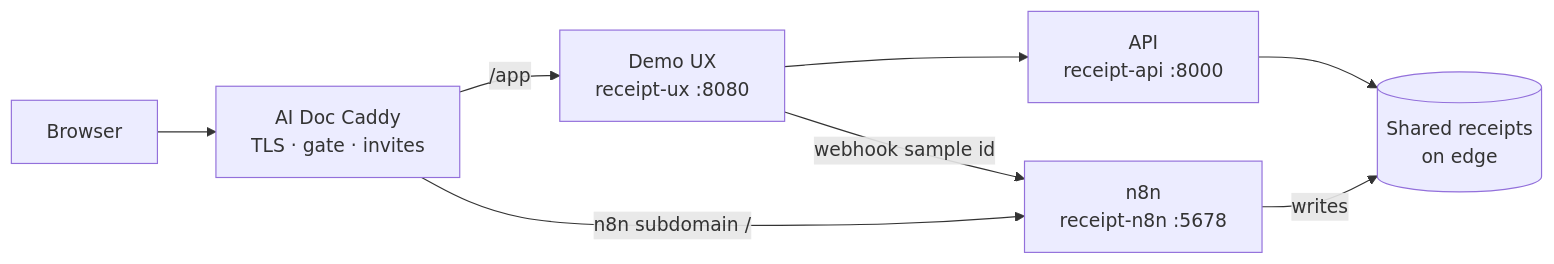
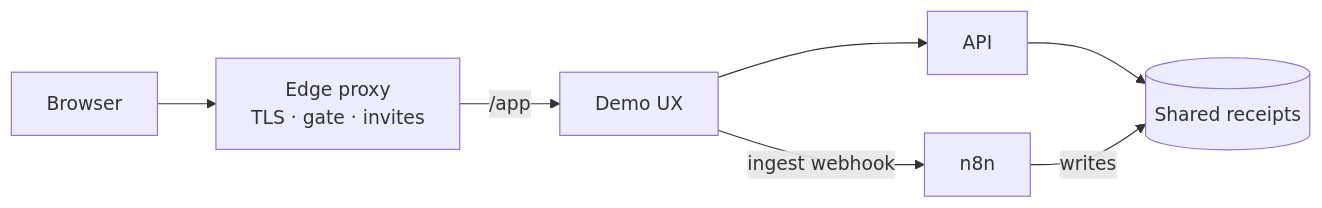
Before and after one commit to RoxanaTapia/receipt-intelligence-demo: the diagram in README.md, drawn with Mermaid. The commit also changed other lines of this file and 1 other file, not shown here.

````diff
--- a/README.md
+++ b/README.md
@@ -33,17 +24,16 @@
 ```mermaid
 flowchart LR
   browser[Browser]
-  edge[AI Doc Caddy<br/>TLS · gate · invites]
-  ux[Demo UX<br/>receipt-ux :8080]
-  api[API<br/>receipt-api :8000]
-  disk[(Shared receipts<br/>on edge)]
-  n8n[n8n<br/>receipt-n8n :5678]
+  edge[Edge proxy<br/>TLS · gate · invites]
+  ux[Demo UX]
+  api[API]
+  disk[(Shared receipts)]
+  n8n[n8n]
 
   browser --> edge
   edge -->|/app| ux
-  ux -->|webhook sample id| n8n
+  ux -->|ingest webhook| n8n
   ux --> api
   api --> disk
   n8n -->|writes| disk
-  edge -->|n8n subdomain /| n8n
 ```
````
